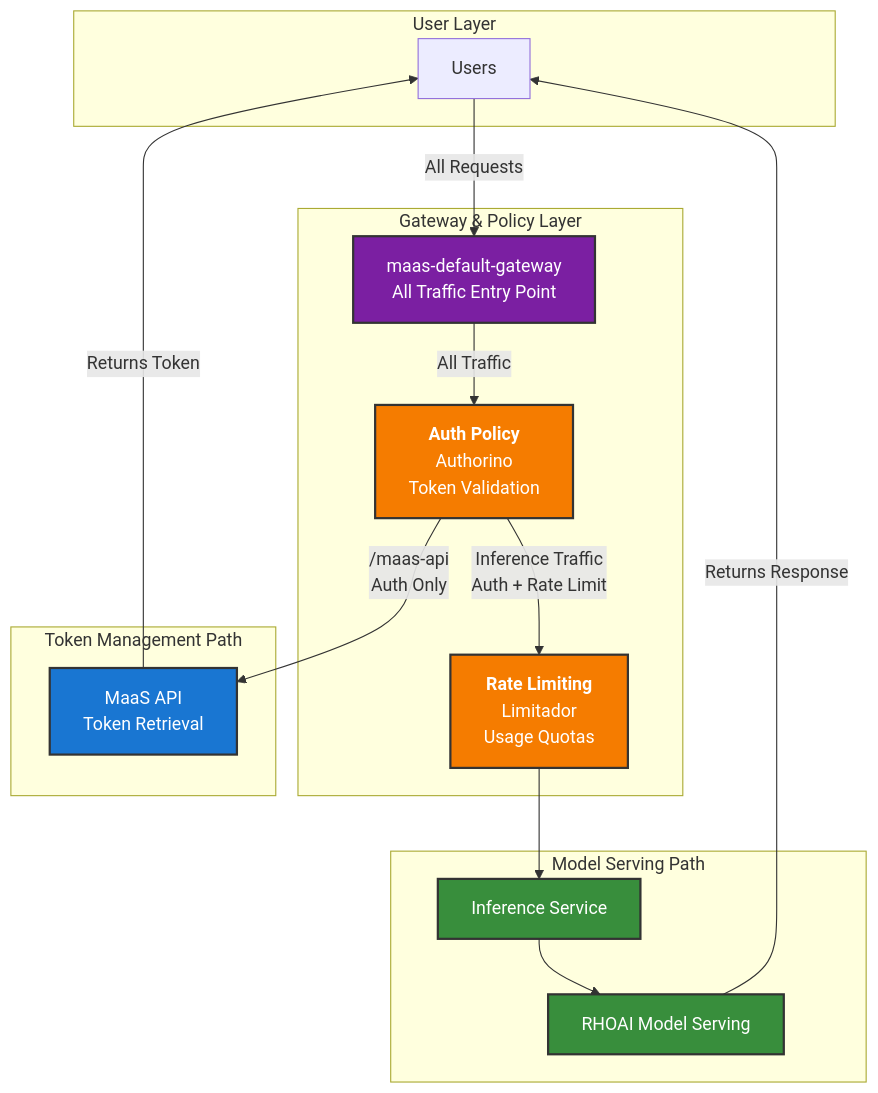
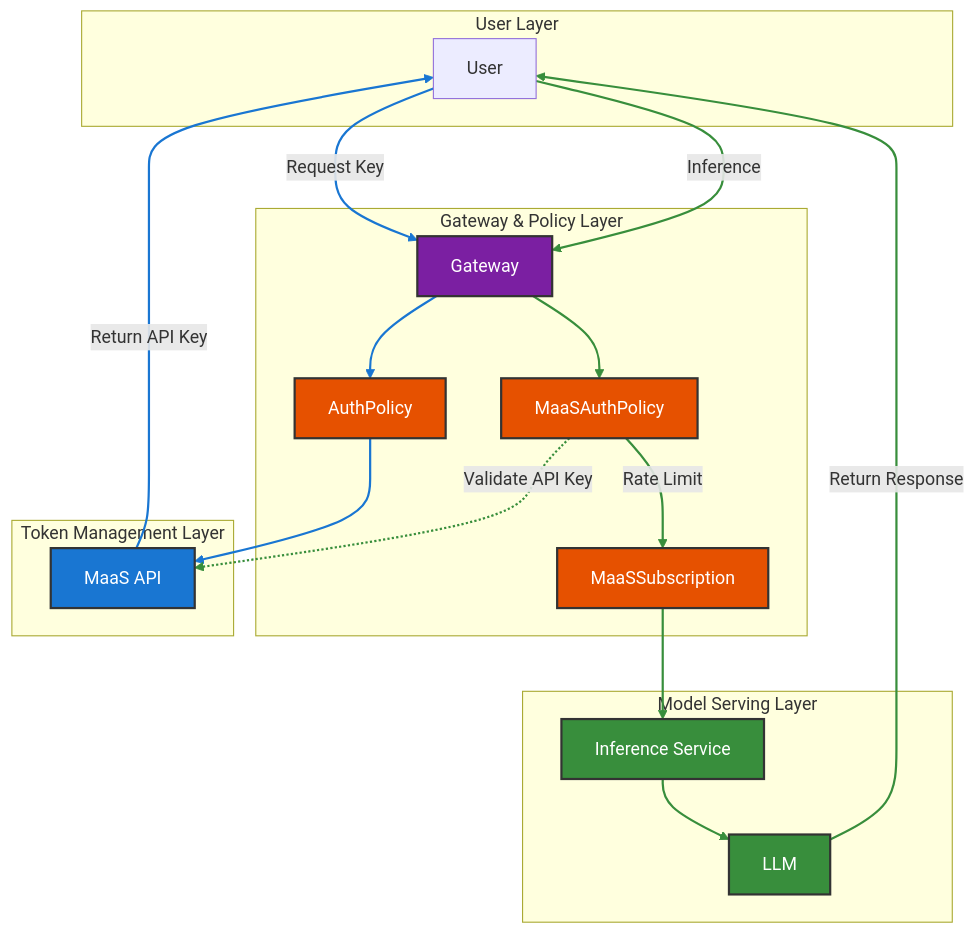
One commit to opendatahub-io/models-as-a-service changed the first of 8 diagrams in docs/content/architecture.md. Above: the diagram before and after it, drawn with Mermaid. The commit also changed other lines of this file and 10 other files, not shown here.

````diff
--- a/docs/content/architecture.md
+++ b/docs/content/architecture.md
@@ -18,39 +20,46 @@
 ```mermaid
 graph TB
-    subgraph "User Layer"
-        User[Users]
+    subgraph UserLayer["User Layer"]
+        User[User]
     end
     
-    subgraph "Gateway & Policy Layer"
-        GatewayAPI["maas-default-gateway<br/>All Traffic Entry Point"]
-        AuthPolicy["<b>Auth Policy</b><br/>Authorino<br/>Token Validation"]
-        RateLimit["<b>Rate Limiting</b><br/>Limitador<br/>Usage Quotas"]
+    subgraph GatewayPolicyLayer["Gateway & Policy Layer"]
+        Gateway[Gateway]
+        AuthPolicy[AuthPolicy]
+        MaaSAuthPolicy[MaaSAuthPolicy]
+        MaaSSubscription[MaaSSubscription]
     end
     
-    subgraph "Token Management Path"
-        MaaSAPI["MaaS API<br/>Token Retrieval"]
+    subgraph TokenManagementLayer["Token Management Layer"]
+        MaaSAPI[MaaS API]
     end
     
-    subgraph "Model Serving Path"
-        PathInference["Inference Service"]
-        ModelServing["RHOAI Model Serving"]
+    subgraph ModelServingLayer["Model Serving Layer"]
+        InferenceService[Inference Service]
+        LLM[LLM]
     end
     
-    User -->|"All Requests"| GatewayAPI
-    GatewayAPI -->|"All Traffic"| AuthPolicy
+    User -->|"Request Key"| Gateway
+    Gateway --> AuthPolicy
+    AuthPolicy --> MaaSAPI
+    MaaSAPI -->|"Return API Key"| User
     
-    AuthPolicy -->|"/maas-api<br/>Auth Only"| MaaSAPI
-    MaaSAPI -->|"Returns Token"| User
+    User -->|"Inference"| Gateway
+    Gateway --> MaaSAuthPolicy
+    MaaSAuthPolicy -.->|"Validate API Key"| MaaSAPI
+    MaaSAuthPolicy -->|"Rate Limit"| MaaSSubscription
+    MaaSSubscription --> InferenceService
+    InferenceService --> LLM
+    LLM -->|"Return Response"| User
     
-    AuthPolicy -->|"Inference Traffic<br/>Auth + Rate Limit"| RateLimit
-    RateLimit --> PathInference
-    PathInference --> ModelServing
-    ModelServing -->|"Returns Response"| User
+    linkStyle 0,1,2,3 stroke:#1976d2,stroke-width:2px
+    linkStyle 4,5,6,7,8,9,10 stroke:#388e3c,stroke-width:2px
     
     style MaaSAPI fill:#1976d2,stroke:#333,stroke-width:2px,color:#fff
-    style GatewayAPI fill:#7b1fa2,stroke:#333,stroke-width:2px,color:#fff
-    style AuthPolicy fill:#f57c00,stroke:#333,stroke-width:2px,color:#fff
-    style RateLimit fill:#f57c00,stroke:#333,stroke-width:2px,color:#fff
-    style PathInference fill:#388e3c,stroke:#333,stroke-width:2px,color:#fff
-    style ModelServing fill:#388e3c,stroke:#333,stroke-width:2px,color:#fff
+    style Gateway fill:#7b1fa2,stroke:#333,stroke-width:2px,color:#fff
+    style AuthPolicy fill:#e65100,stroke:#333,stroke-width:2px,color:#fff
+    style MaaSAuthPolicy fill:#e65100,stroke:#333,stroke-width:2px,color:#fff
+    style MaaSSubscription fill:#e65100,stroke:#333,stroke-width:2px,color:#fff
+    style InferenceService fill:#388e3c,stroke:#333,stroke-width:2px,color:#fff
+    style LLM fill:#388e3c,stroke:#333,stroke-width:2px,color:#fff
 ```
````
